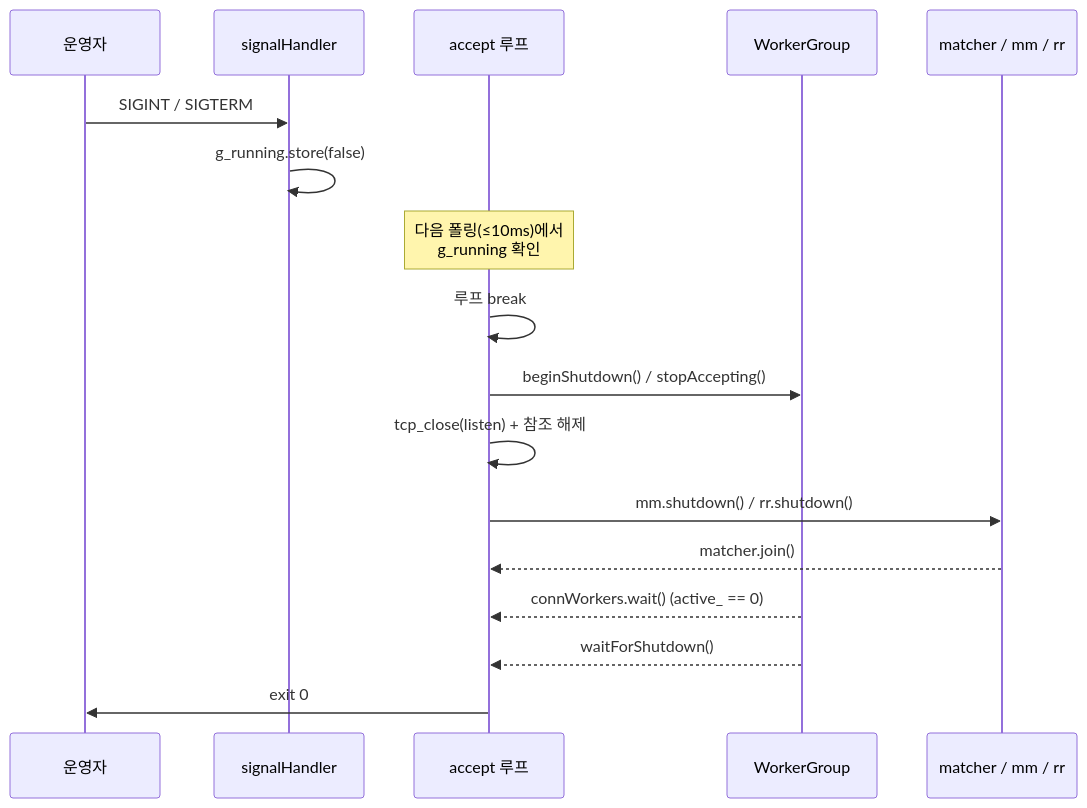
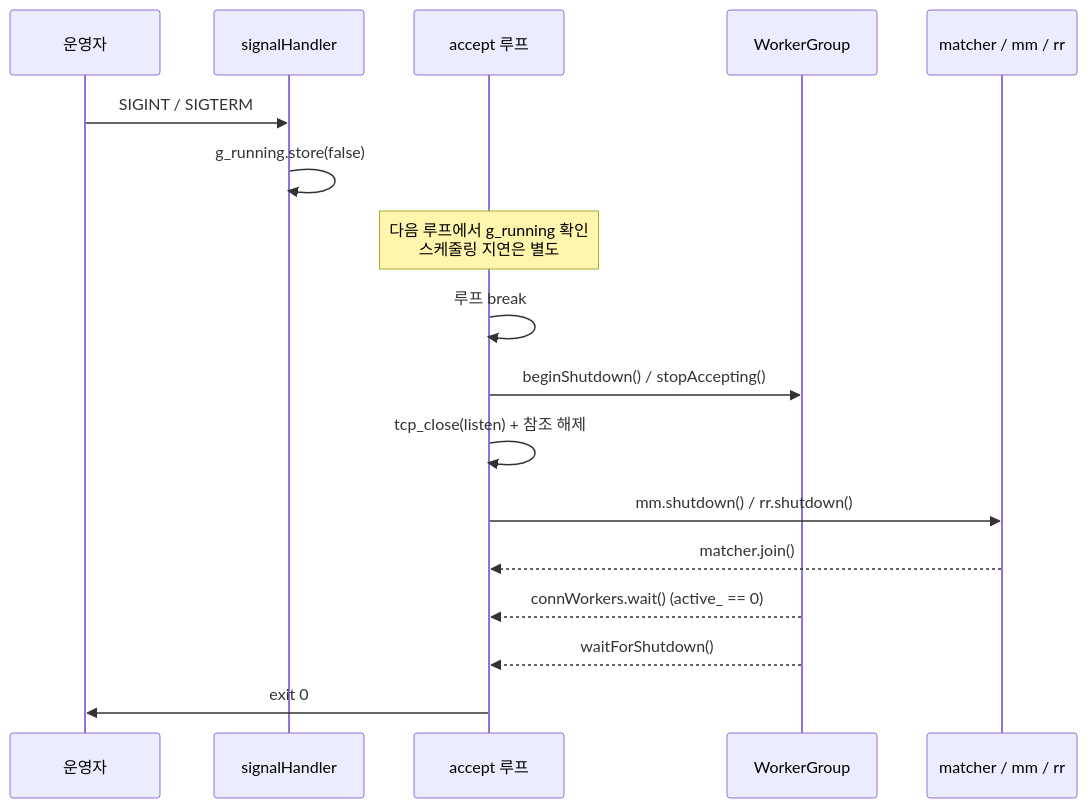
One commit to Rein-ArXiv/Tetris-Multiplayer-RL changed the first of 3 diagrams in docs/blog/part12-hardening-and-release.md. Above: the diagram before and after it, drawn with Mermaid. The commit also changed other lines of this file and 7292 other files, not shown here.

````diff
--- a/docs/blog/part12-hardening-and-release.md
+++ b/docs/blog/part12-hardening-and-release.md
@@ -758,19 +792,19 @@
 ```mermaid
 sequenceDiagram
     participant U as 운영자
     participant H as signalHandler
     participant L as accept 루프
     participant W as WorkerGroup
     participant M as matcher / mm / rr
     U->>H: SIGINT / SIGTERM
     H->>H: g_running.store(false)
-    Note over L: 다음 폴링(≤10ms)에서<br/>g_running 확인
+    Note over L: 다음 루프에서 g_running 확인<br/>스케줄링 지연은 별도
     L->>L: 루프 break
     L->>W: beginShutdown() / stopAccepting()
     L->>L: tcp_close(listen) + 참조 해제
     L->>M: mm.shutdown() / rr.shutdown()
     M-->>L: matcher.join()
     W-->>L: connWorkers.wait() (active_ == 0)
     W-->>L: waitForShutdown()
     L->>U: exit 0
 ```
````
